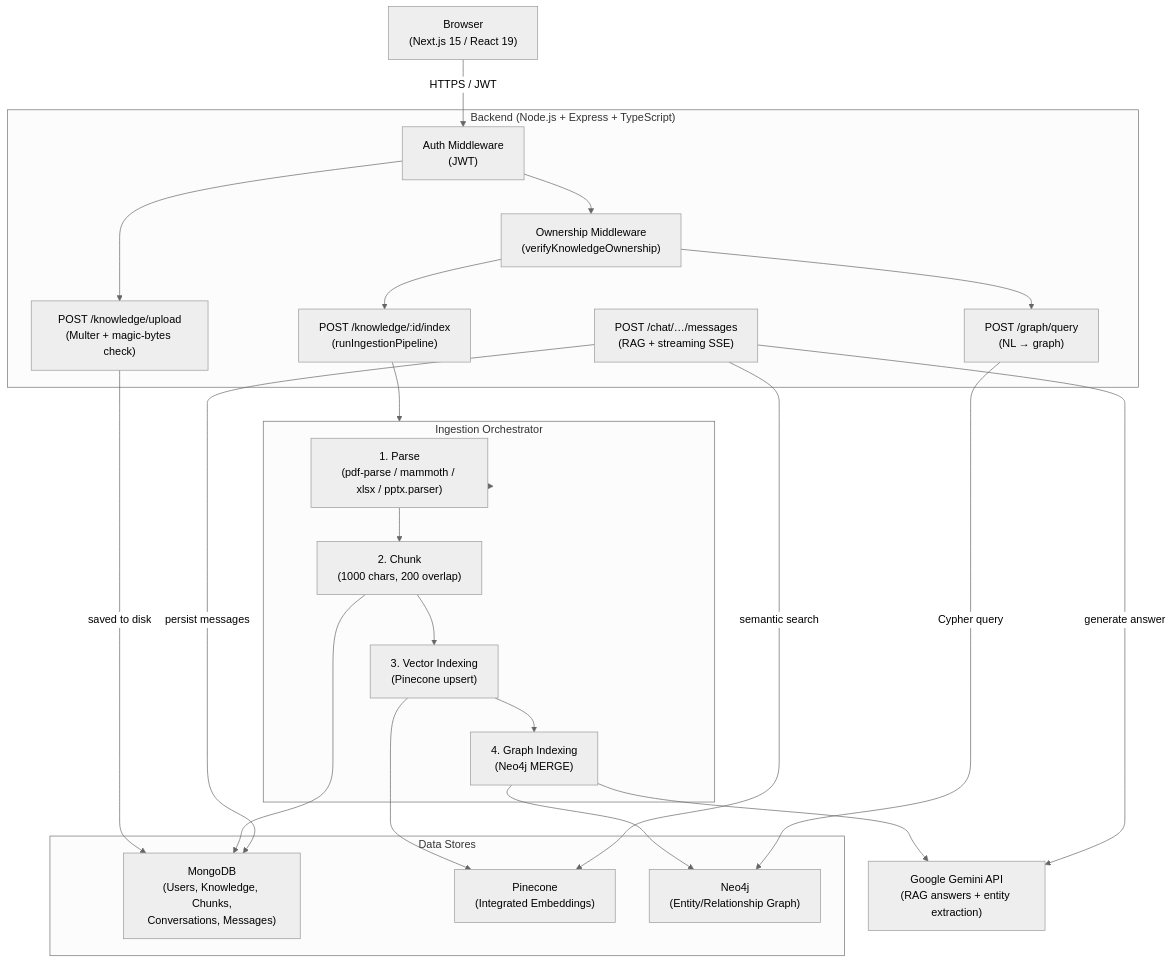
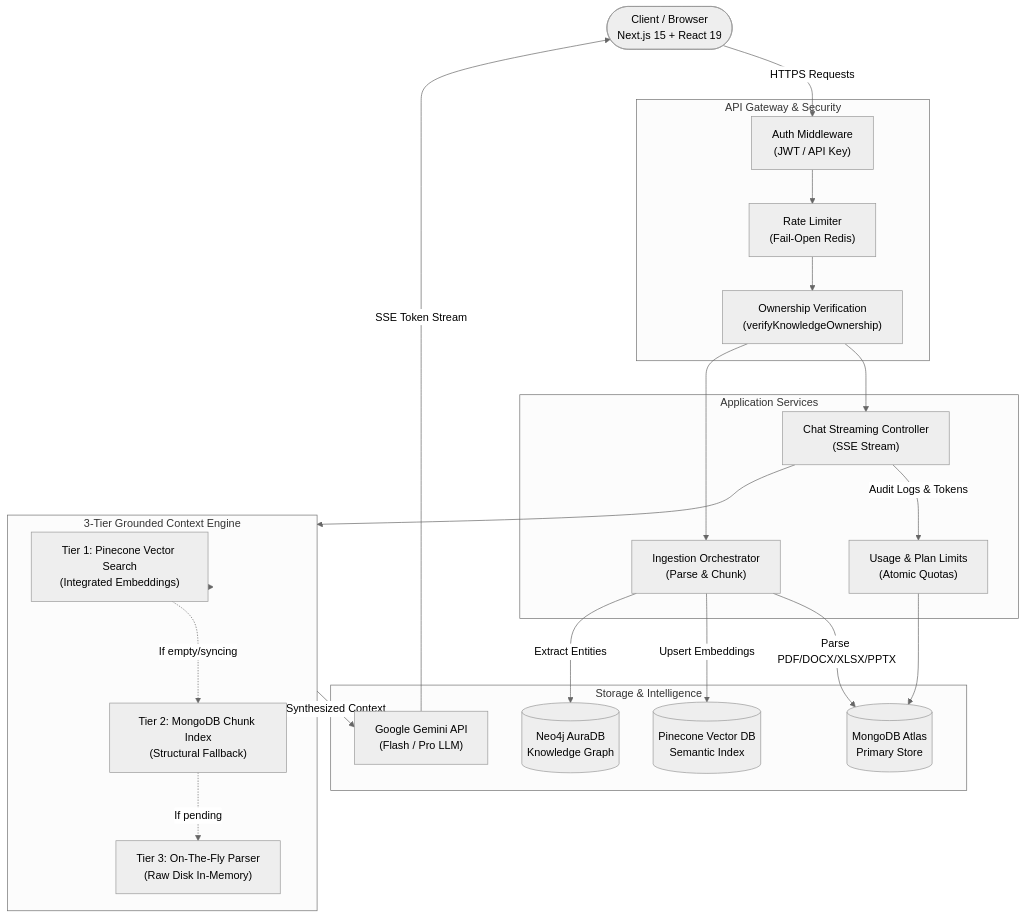
One commit to mdzavedakhtar/NeuroAI changed the diagram in README.md. Above: the diagram before and after it, drawn with Mermaid (neutral theme). The commit also changed other lines of this file, not shown here.

Commit message:
docs: revamp README to high-impact portfolio showcase with architecture, features, and specs

````diff
--- a/README.md
+++ b/README.md
@@ -9,45 +71,48 @@
 ```mermaid
 flowchart TD
-    Browser["Browser\n(Next.js 15 / React 19)"]
+    User([Client / Browser\nNext.js 15 + React 19])
 
-    subgraph Backend["Backend (Node.js + Express + TypeScript)"]
-        Auth["Auth Middleware\n(JWT)"]
-        Ownership["Ownership Middleware\n(verifyKnowledgeOwnership)"]
-        Upload["POST /knowledge/upload\n(Multer + magic-bytes check)"]
-        Index["POST /knowledge/:id/index\n(runIngestionPipeline)"]
-        Chat["POST /chat/…/messages\n(RAG + streaming SSE)"]
-        Graph["POST /graph/query\n(NL → graph)"]
+    subgraph Edge ["API Gateway & Security"]
+        AuthMid["Auth Middleware\n(JWT / API Key)"]
+        RateLimit["Rate Limiter\n(Fail-Open Redis)"]
+        OwnershipMid["Ownership Verification\n(verifyKnowledgeOwnership)"]
     end
 
-    subgraph Pipeline["Ingestion Orchestrator"]
-        Parse["1. Parse\n(pdf-parse / mammoth / xlsx / pptx.parser)"]
-        Chunk["2. Chunk\n(1000 chars, 200 overlap)"]
-        Vector["3. Vector Indexing\n(Pinecone upsert)"]
-        GraphIngest["4. Graph Indexing\n(Neo4j MERGE)"]
+    subgraph Core ["Application Services"]
+        ChatCtrl["Chat Streaming Controller\n(SSE Stream)"]
+        DocIngest["Ingestion Orchestrator\n(Parse & Chunk)"]
+        UsageSvc["Usage & Plan Limits\n(Atomic Quotas)"]
     end
 
-    subgraph Stores["Data Stores"]
-        Mongo["MongoDB\n(Users, Knowledge, Chunks,\nConversations, Messages)"]
-        Pinecone["Pinecone\n(Integrated Embeddings)"]
-        Neo4j["Neo4j\n(Entity/Relationship Graph)"]
+    subgraph RAGEngine ["3-Tier Grounded Context Engine"]
+        T1["Tier 1: Pinecone Vector Search\n(Integrated Embeddings)"]
+        T2["Tier 2: MongoDB Chunk Index\n(Structural Fallback)"]
+        T3["Tier 3: On-The-Fly Parser\n(Raw Disk In-Memory)"]
     end
 
-    Gemini["Google Gemini API\n(RAG answers + entity extraction)"]
+    subgraph AIStore ["Storage & Intelligence"]
+        Gemini["Google Gemini API\n(Flash / Pro LLM)"]
+        Mongo[(MongoDB Atlas\nPrimary Store)]
+        Pinecone[(Pinecone Vector DB\nSemantic Index)]
+        Neo4j[(Neo4j AuraDB\nKnowledge Graph)]
+    end
 
-    Browser -->|HTTPS / JWT| Auth
-    Auth --> Upload
-    Auth --> Ownership
-    Ownership --> Index
-    Ownership --> Graph
-    Upload -->|saved to disk| Mongo
-    Index --> Pipeline
-    Pipeline --> Parse --> Chunk --> Vector --> GraphIngest
-    Chunk --> Mongo
-    Vector --> Pinecone
-    GraphIngest --> Gemini
-    GraphIngest --> Neo4j
-    Chat -->|semantic search| Pinecone
-    Chat -->|generate answer| Gemini
-    Chat -->|persist messages| Mongo
-    Graph -->|Cypher query| Neo4j
+    User -->|HTTPS Requests| AuthMid
+    AuthMid --> RateLimit --> OwnershipMid
+    OwnershipMid --> ChatCtrl
+    OwnershipMid --> DocIngest
+
+    DocIngest -->|Parse PDF/DOCX/XLSX/PPTX| Mongo
+    DocIngest -->|Upsert Embeddings| Pinecone
+    DocIngest -->|Extract Entities| Neo4j
+
+    ChatCtrl --> RAGEngine
+    RAGEngine --> T1
+    T1 -.->|If empty/syncing| T2
+    T2 -.->|If pending| T3
+
+    RAGEngine -->|Synthesized Context| Gemini
+    Gemini -->|SSE Token Stream| User
+    ChatCtrl -->|Audit Logs & Tokens| UsageSvc
+    UsageSvc --> Mongo
 ```
````
